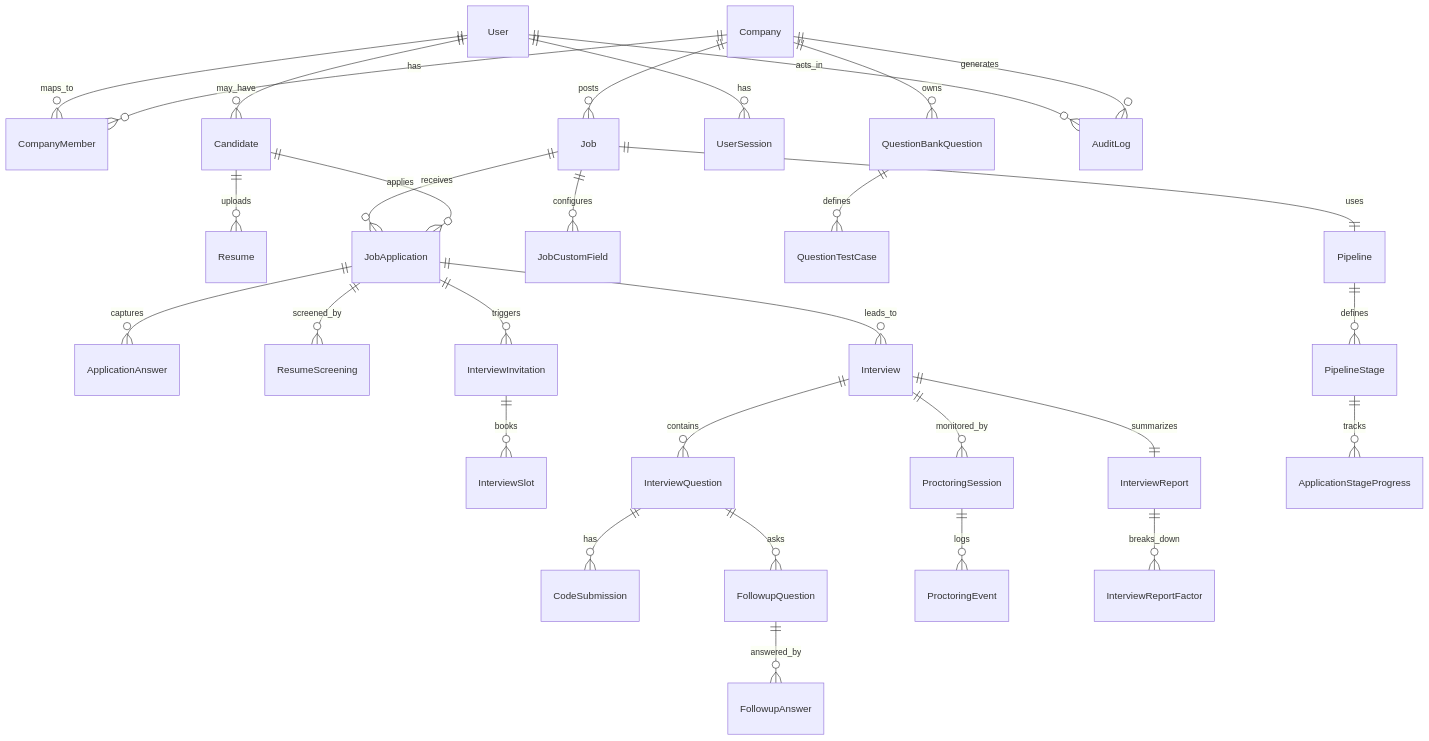
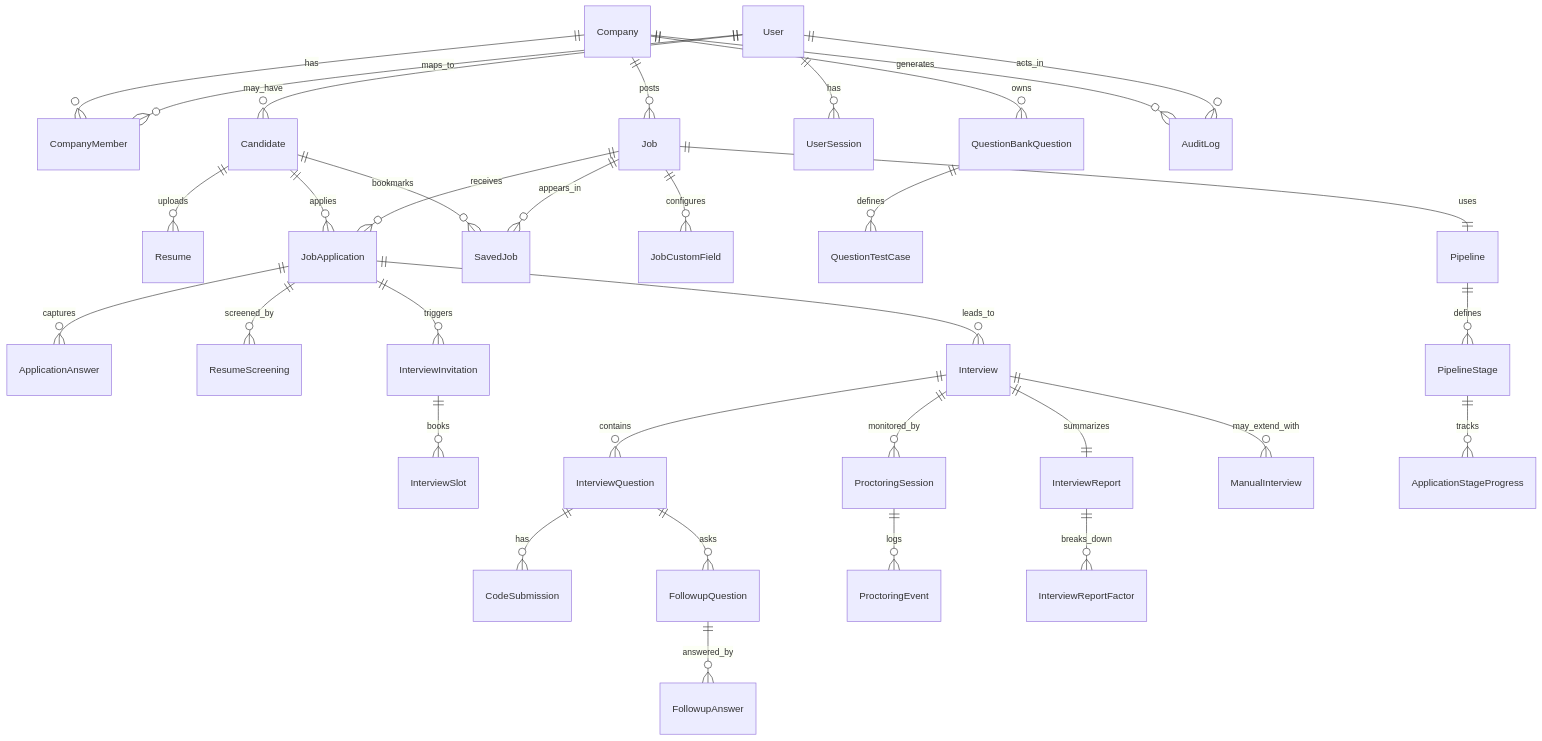
One commit to AryanBarsaiyan/Recruiter-Flow changed the first of 2 diagrams in db-design.md. Above: the diagram before and after it, drawn with Mermaid. The commit also changed other lines of this file, not shown here.

````diff
--- a/db-design.md
+++ b/db-design.md
@@ -231,43 +231,46 @@
 ```mermaid
 erDiagram
   Company ||--o{ CompanyMember : has
   Company ||--o{ Job : posts
   Company ||--o{ QuestionBankQuestion : owns
 
   User ||--o{ CompanyMember : maps_to
   User ||--o{ UserSession : has
   User ||--o{ Candidate : may_have
 
   Candidate ||--o{ Resume : uploads
   Candidate ||--o{ JobApplication : applies
+  Candidate ||--o{ SavedJob : bookmarks
 
   Job ||--o{ JobApplication : receives
   Job ||--o{ JobCustomField : configures
+  Job ||--o{ SavedJob : appears_in
 
   JobApplication ||--o{ ApplicationAnswer : captures
   JobApplication ||--o{ ResumeScreening : screened_by
   JobApplication ||--o{ InterviewInvitation : triggers
   JobApplication ||--o{ Interview : leads_to
 
   InterviewInvitation ||--o{ InterviewSlot : books
 
   Interview ||--o{ InterviewQuestion : contains
   Interview ||--o{ ProctoringSession : monitored_by
   Interview ||--|| InterviewReport : summarizes
+  Interview ||--o{ ManualInterview : may_extend_with
 
   QuestionBankQuestion ||--o{ QuestionTestCase : defines
   InterviewQuestion ||--o{ CodeSubmission : has
   InterviewQuestion ||--o{ FollowupQuestion : asks
   FollowupQuestion ||--o{ FollowupAnswer : answered_by
 
   ProctoringSession ||--o{ ProctoringEvent : logs
 
   Pipeline ||--o{ PipelineStage : defines
   PipelineStage ||--o{ ApplicationStageProgress : tracks
   Job ||--|| Pipeline : uses
 
   InterviewReport ||--o{ InterviewReportFactor : breaks_down
 
   Company ||--o{ AuditLog : generates
   User ||--o{ AuditLog : acts_in
 ```
````
